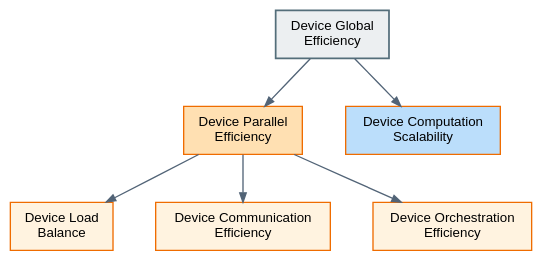
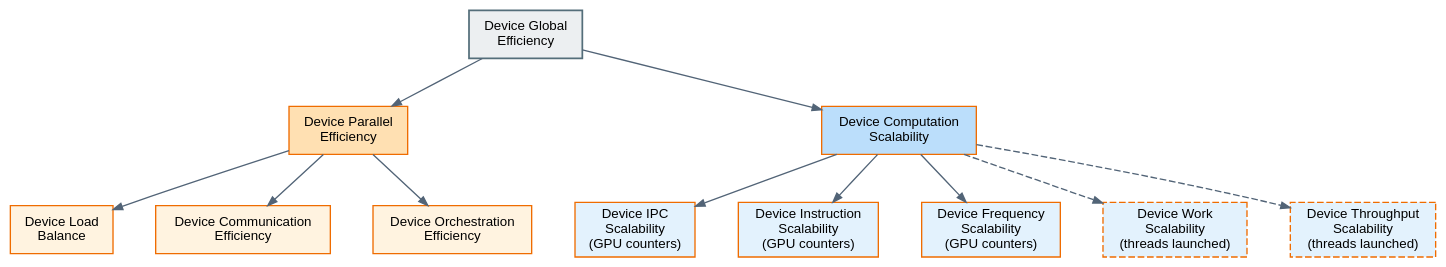
Before and after one commit to bsc-performance-tools/basicanalysis: the diagram in doc/source/graphs/05_device_execution_domain.dot, drawn with Graphviz. The commit also changed 17 other files, not shown here.

First line of the commit message:
Give the Device Computation Scalability factors the CPU names

```diff
--- a/doc/source/graphs/05_device_execution_domain.dot
+++ b/doc/source/graphs/05_device_execution_domain.dot
@@ -1,94 +1,138 @@
 digraph DeviceExecutionDomain {
     rankdir=TB;
 
     graph [
         bgcolor="transparent",
         nodesep=0.45,
         ranksep=0.50
     ];
 
     node [
         shape=box,
         fontname="Helvetica",
         fontsize=10,
         style="filled",
         penwidth=1.0
     ];
 
     edge [
         color="#526477",
         penwidth=1.0,
         arrowsize=0.7
     ];
 
     /*
      * Device Global Efficiency
      */
 
     device_ge [
         label="Device Global\nEfficiency",
         fillcolor="#ECEFF1",
         color="#546E7A",
         penwidth=1.3
     ];
 
     /*
      * Device Parallel Efficiency branch
      */
 
     device_pe [
         label="Device Parallel\nEfficiency",
         fillcolor="#FFE0B2",
         color="#EF6C00"
     ];
 
     device_lb [
         label="Device Load\nBalance",
         fillcolor="#FFF3E0",
         color="#EF6C00"
     ];
 
     device_ce [
         label="Device Communication\nEfficiency",
         fillcolor="#FFF3E0",
         color="#EF6C00"
     ];
 
     device_orch [
         label="Device Orchestration\nEfficiency",
         fillcolor="#FFF3E0",
         color="#EF6C00"
     ];
 
     /*
      * Device Computation Scalability branch
      */
 
     device_cs [
         label="Device Computation\nScalability",
         fillcolor="#BBDEFB",
         color="#EF6C00"
     ];
 
+    device_ipc [
+        label="Device IPC\nScalability\n(GPU counters)",
+        fillcolor="#E3F2FD",
+        color="#EF6C00"
+    ];
+
+    device_inst [
+        label="Device Instruction\nScalability\n(GPU counters)",
+        fillcolor="#E3F2FD",
+        color="#EF6C00"
+    ];
+
+    device_freq [
+        label="Device Frequency\nScalability\n(GPU counters)",
+        fillcolor="#E3F2FD",
+        color="#EF6C00"
+    ];
+
+    device_work [
+        label="Device Work\nScalability\n(threads launched)",
+        fillcolor="#E3F2FD",
+        color="#EF6C00",
+        style="filled,dashed"
+    ];
+
+    device_tp [
+        label="Device Throughput\nScalability\n(threads launched)",
+        fillcolor="#E3F2FD",
+        color="#EF6C00",
+        style="filled,dashed"
+    ];
+
     /*
      * Device Global Efficiency decomposition
      */
 
     device_ge -> device_pe;
     device_ge -> device_cs;
 
     /*
      * Device Parallel Efficiency decomposition
      */
 
     device_pe -> device_lb;
     device_pe -> device_ce;
     device_pe -> device_orch;
 
     /*
+     * Device Computation Scalability decomposition: with GPU hardware
+     * counters, or with the GPU threads launched
+     */
+
+    device_cs -> device_ipc;
+    device_cs -> device_inst;
+    device_cs -> device_freq;
+    device_cs -> device_work [style=dashed];
+    device_cs -> device_tp [style=dashed];
+
+    /*
      * Layout constraints
      */
 
     { rank=same; device_pe; device_cs; }
-    { rank=same; device_lb; device_ce; device_orch; }
+    { rank=same; device_lb; device_ce; device_orch; device_ipc; device_inst;
+      device_freq; device_work; device_tp; }
 }
```
